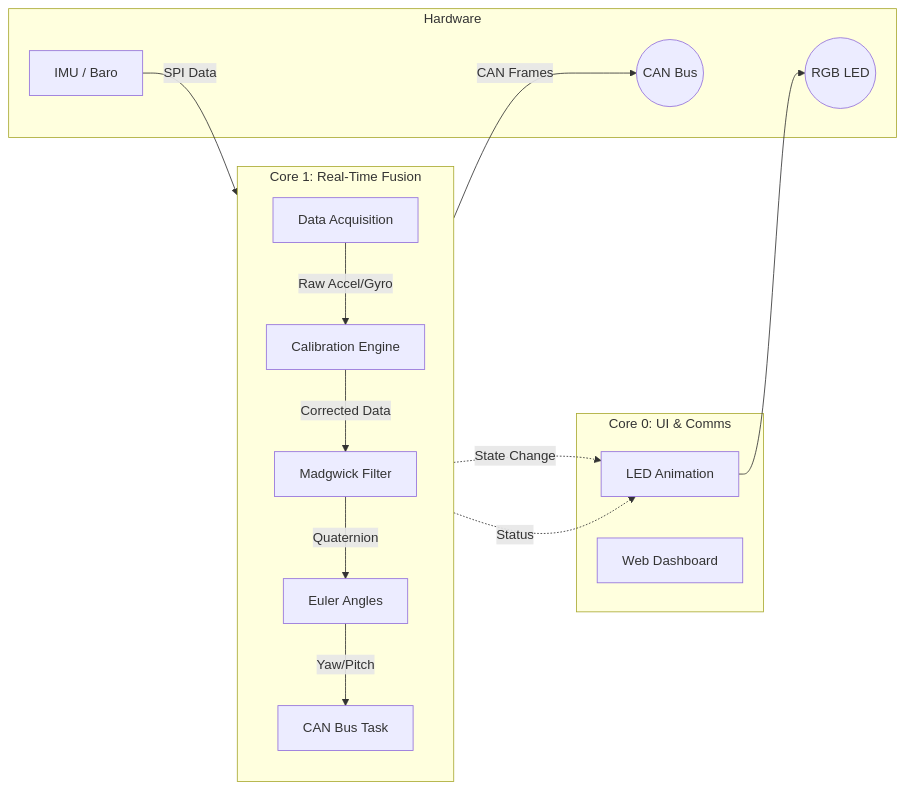
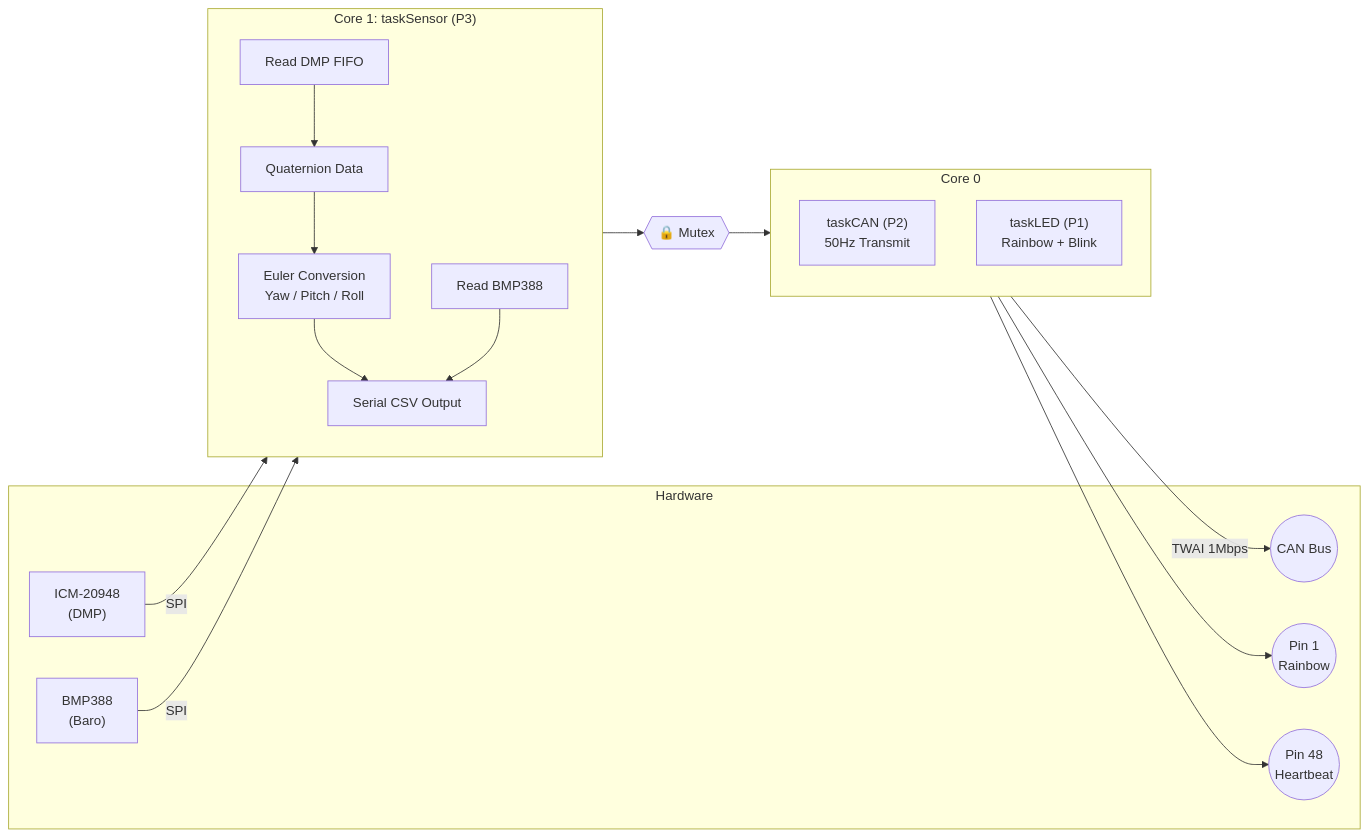
One commit to zwll0911/GY912_Module changed the diagram in docs/ARCHITECTURE.md. Above: the diagram before and after it, drawn with Mermaid. The commit also changed other lines of this file and 6 other files, not shown here.

Commit message:
v5.1: DMP sensor fusion, 3-task FreeRTOS, cyberpunk dashboard, updated docs

````diff
--- a/docs/ARCHITECTURE.md
+++ b/docs/ARCHITECTURE.md
@@ -43,35 +46,38 @@
 ```mermaid
 flowchart LR
-    subgraph Core1 ["Core 1: Real-Time Fusion"]
-        direction TB
-        Acquisition[Data Acquisition]
-        Calib[Calibration Engine]
-        Madgwick[Madgwick Filter]
-        Euler[Euler Angles]
-        CAN_Task[CAN Bus Task]
+    subgraph Hardware
+        IMU["ICM-20948<br/>(DMP)"]
+        BARO["BMP388<br/>(Baro)"]
+        Bus((CAN Bus))
+        LED1((Pin 1<br/>Rainbow))
+        LED48((Pin 48<br/>Heartbeat))
     end
 
-    subgraph Core0 ["Core 0: UI & Comms"]
-        LEDs[LED Animation]
-        Dashboard[Web Dashboard]
+    subgraph Core1 ["Core 1: taskSensor (P3)"]
+        direction TB
+        FIFO[Read DMP FIFO]
+        Quat[Quaternion Data]
+        Euler[Euler Conversion<br/>Yaw / Pitch / Roll]
+        BMP[Read BMP388]
+        CSV[Serial CSV Output]
     end
 
-    subgraph Hardware
-        Sensors[IMU / Baro]
-        Bus((CAN Bus))
-        RGB_LED((RGB LED))
+    subgraph Core0 ["Core 0"]
+        direction TB
+        CAN_Task["taskCAN (P2)<br/>50Hz Transmit"]
+        LED_Task["taskLED (P1)<br/>Rainbow + Blink"]
     end
 
+    Mutex{{"🔒 Mutex"}}
+
     %% Data Flow
-    Sensors -->|SPI Data| Acquisition
-    Acquisition -->|Raw Accel/Gyro| Calib
-    Calib -->|Corrected Data| Madgwick
-    Madgwick -->|Quaternion| Euler
-    Euler -->|Yaw/Pitch| CAN_Task
-    CAN_Task -->|CAN Frames| Bus
-    
-    %% Status Indication
-    Calib -.->|State Change| LEDs
-    Madgwick -.->|Status| LEDs
-    LEDs --> RGB_LED
+    IMU -->|SPI| FIFO
+    FIFO --> Quat --> Euler
+    BARO -->|SPI| BMP
+    Euler & BMP --> CSV
+    Euler --> Mutex
+    Mutex --> CAN_Task
+    CAN_Task -->|TWAI 1Mbps| Bus
+    LED_Task --> LED1
+    LED_Task --> LED48
 ```
````
